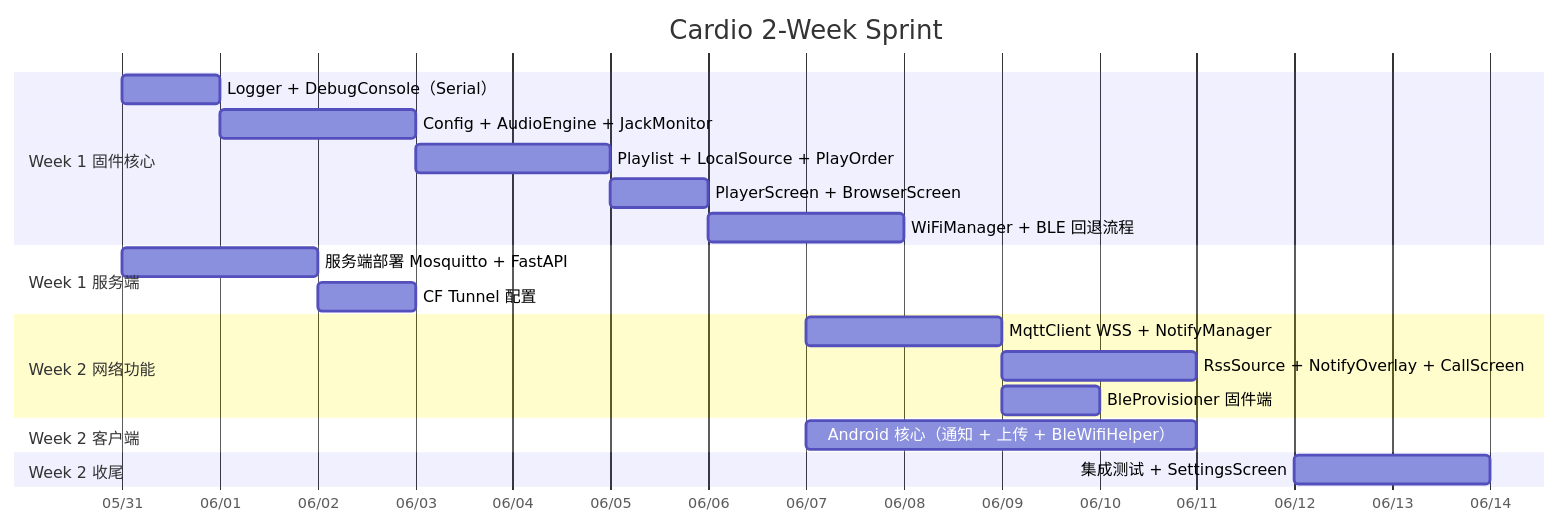
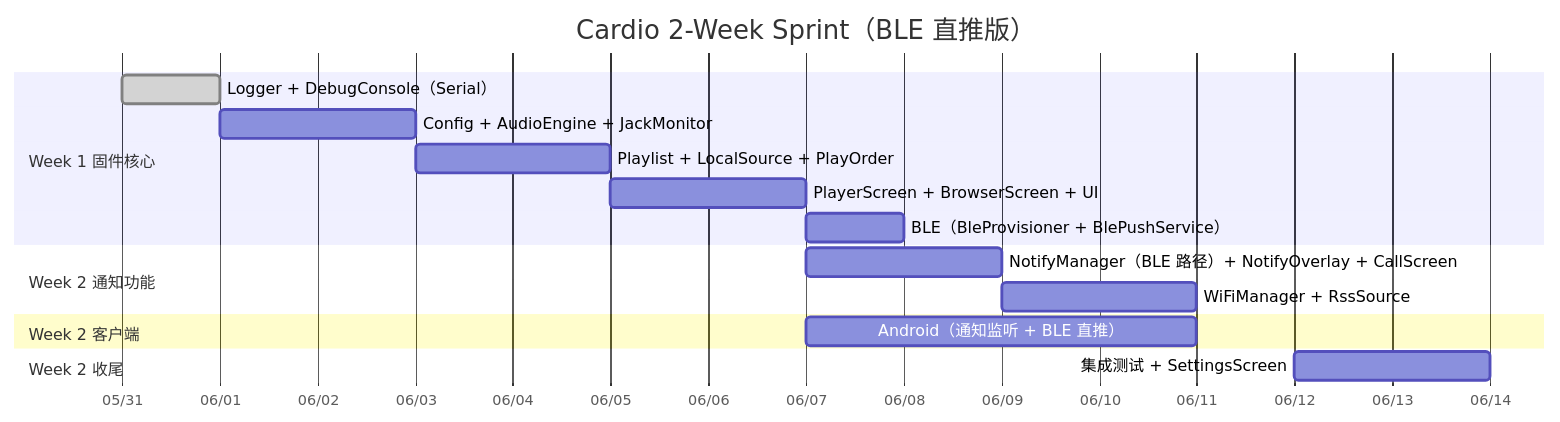
The diagram in Cardio/PLAN.md (ZUENS2020/Cardio), drawn with Mermaid before and after one commit. The commit also changed other lines of this file and 2 other files, not shown here.

First line of the commit message:
plan: defer server/MQTT to later, BLE-only notify for this sprint

````diff
--- a/Cardio/PLAN.md
+++ b/Cardio/PLAN.md
@@ -67,28 +59,23 @@
 ```mermaid
 gantt
-    title Cardio 2-Week Sprint
+    title Cardio 2-Week Sprint（BLE 直推版）
     dateFormat  YYYY-MM-DD
     axisFormat  %m/%d
 
     section Week 1 固件核心
-    Logger + DebugConsole（Serial）      :w1a0, 2026-05-31, 1d
+    Logger + DebugConsole（Serial）      :done, w1a0, 2026-05-31, 1d
     Config + AudioEngine + JackMonitor   :w1a, after w1a0, 2d
     Playlist + LocalSource + PlayOrder   :w1b, after w1a, 2d
-    PlayerScreen + BrowserScreen         :w1c, after w1b, 1d
-    WiFiManager + BLE 回退流程           :w1d, after w1c, 2d
+    PlayerScreen + BrowserScreen + UI    :w1c, after w1b, 2d
+    BLE（BleProvisioner + BlePushService）:w1d, after w1c, 1d
 
-    section Week 1 服务端
-    服务端部署 Mosquitto + FastAPI        :s1, 2026-05-31, 2d
-    CF Tunnel 配置                       :s2, after s1, 1d
-
-    section Week 2 网络功能
-    MqttClient WSS + NotifyManager       :w2a, 2026-06-07, 2d
-    RssSource + NotifyOverlay + CallScreen :w2b, after w2a, 2d
-    BleProvisioner 固件端                :w2c, after w2a, 1d
+    section Week 2 通知功能
+    NotifyManager（BLE 路径）+ NotifyOverlay + CallScreen :w2a, 2026-06-07, 2d
+    WiFiManager + RssSource              :w2b, after w2a, 2d
 
     section Week 2 客户端
-    Android 核心（通知 + 上传 + BleWifiHelper） :a1, 2026-06-07, 4d
+    Android（通知监听 + BLE 直推）       :a1, 2026-06-07, 4d
 
     section Week 2 收尾
     集成测试 + SettingsScreen            :t1, 2026-06-12, 2d
 ```
````
